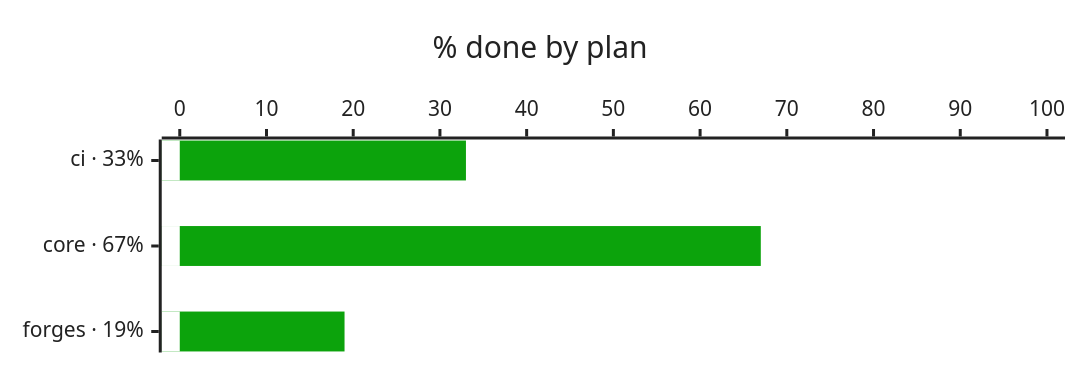
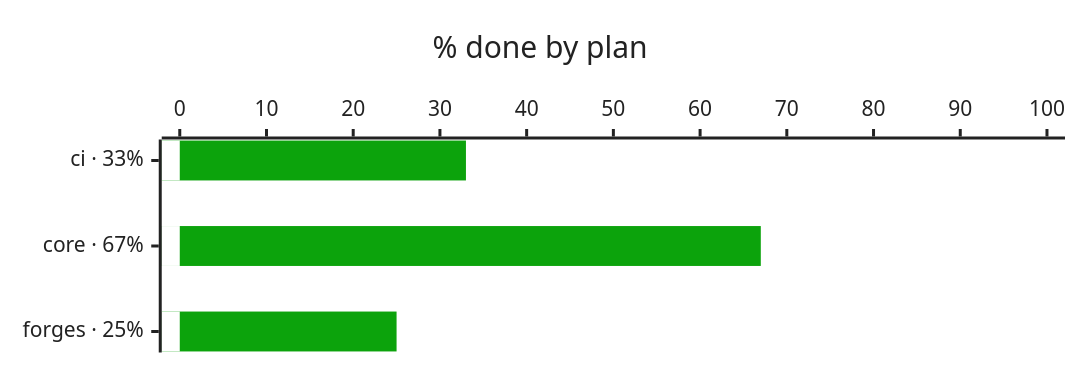
Before and after one commit to bvraghav/pmtrack: the third of 4 diagrams in progress/README.md, drawn with Mermaid. The commit also changed other lines of this file and 5 other files, not shown here.

````diff
--- a/progress/README.md
+++ b/progress/README.md
@@ -33,9 +32,9 @@
 ```mermaid
 %%{init: {"themeVariables": {"xyChart": {"backgroundColor": "#ffffff", "titleColor": "#222222", "plotColorPalette": "#0ca30c,#ffffff", "xAxisLabelColor": "#222222", "xAxisTitleColor": "#222222", "xAxisTickColor": "#222222", "xAxisLineColor": "#222222", "yAxisLabelColor": "#222222", "yAxisTitleColor": "#222222", "yAxisTickColor": "#222222", "yAxisLineColor": "#222222"}}, "xyChart": {"height": 225}}}%%
 xychart-beta horizontal
   title "% done by plan"
-  x-axis ["ci · 33%", "core · 67%", "forges · 19%"]
+  x-axis ["ci · 33%", "core · 67%", "forges · 25%"]
   y-axis "% done" 0 --> 100
-  bar [33, 67, 19]
+  bar [33, 67, 25]
   bar [0, 0, 0]
 ```
````
